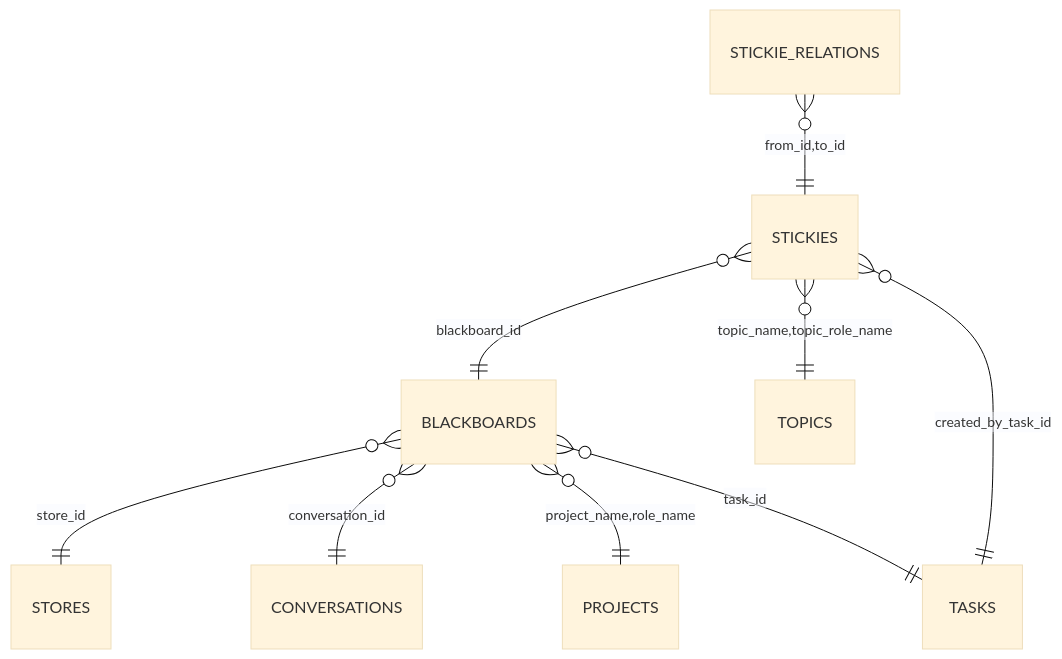
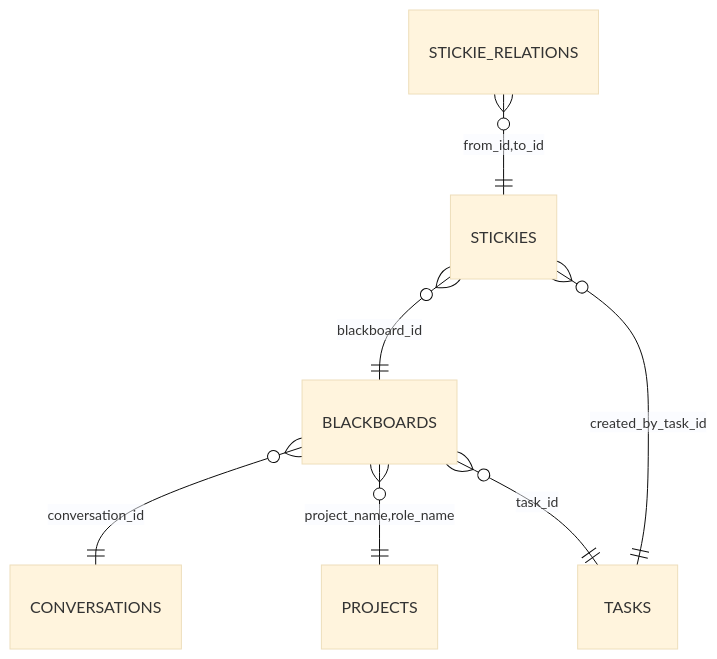
The diagram in BLACKBOARD_ARCHITECTURE.md (flarebyte/baldrick-rebec), drawn with Mermaid (base theme) before and after one commit. The commit also changed other lines of this file and 57 other files, not shown here.

````diff
--- a/BLACKBOARD_ARCHITECTURE.md
+++ b/BLACKBOARD_ARCHITECTURE.md
@@ -14,13 +13,12 @@
 ```mermaid
 erDiagram
-  BLACKBOARDS }o--|| STORES : "store_id"
   STICKIES }o--|| BLACKBOARDS : "blackboard_id"
   STICKIE_RELATIONS }o--|| STICKIES : "from_id,to_id"
 
   BLACKBOARDS }o--|| CONVERSATIONS : "conversation_id"
   BLACKBOARDS }o--|| PROJECTS : "project_name,role_name"
   BLACKBOARDS }o--|| TASKS : "task_id"
 
   STICKIES }o--|| TASKS : "created_by_task_id"
-  STICKIES }o--|| TOPICS : "topic_name,topic_role_name"
+  %% topics removed from stickies; use labels for categorization
 ```
````
